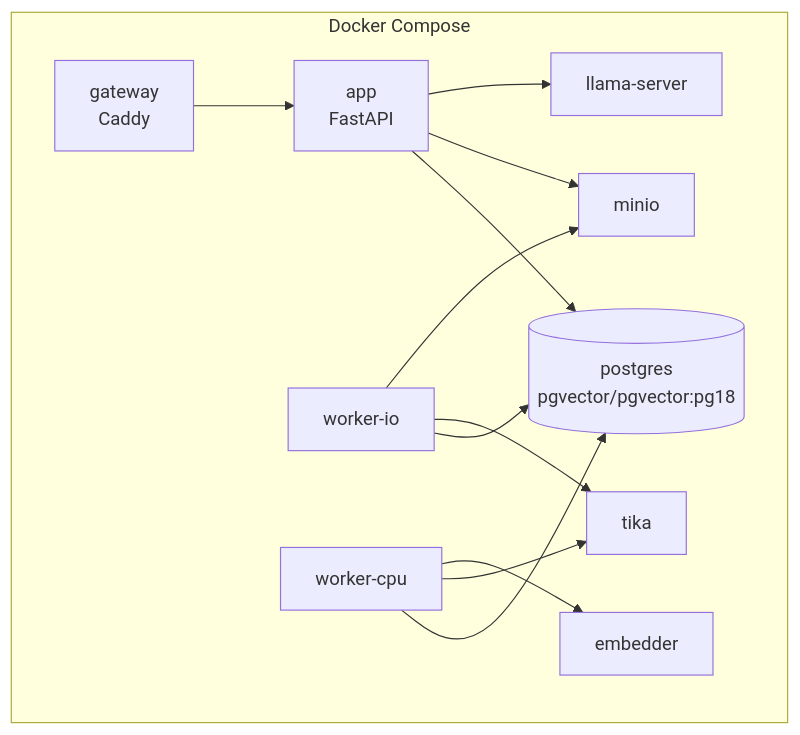
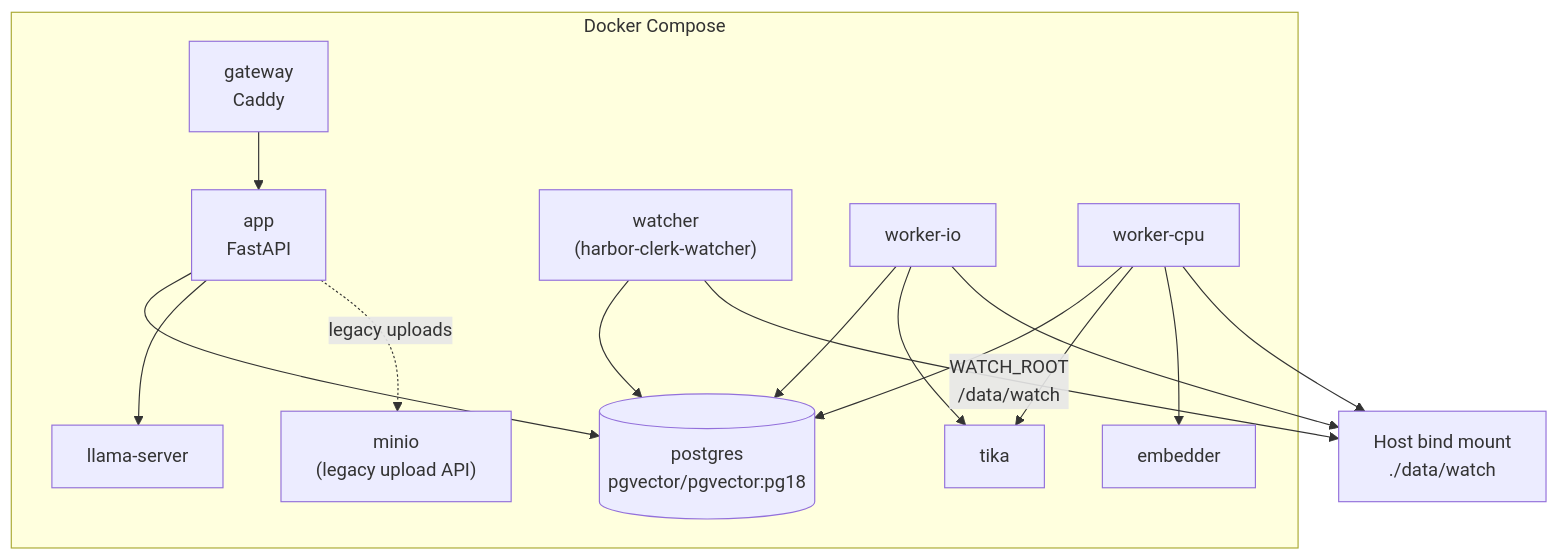
One commit to r0shi/harborclerk changed the fourth of 7 diagrams in docs/architecture.md. Above: the diagram before and after it, drawn with Mermaid. The commit also changed other lines of this file and 2 other files, not shown here.

````diff
--- a/docs/architecture.md
+++ b/docs/architecture.md
@@ -106,19 +113,27 @@
 ```mermaid
 graph TB
     subgraph docker["Docker Compose"]
         gw["gateway<br/>Caddy"]
         app["app<br/>FastAPI"]
+        watcher["watcher<br/>(harbor-clerk-watcher)"]
         wio["worker-io"]
         wcpu["worker-cpu"]
         emb["embedder"]
         pg[("postgres<br/>pgvector/pgvector:pg18")]
-        minio["minio"]
+        minio["minio<br/>(legacy upload API)"]
         tika["tika"]
         llama["llama-server"]
     end
 
+    host_fs["Host bind mount<br/>./data/watch"]
+
     gw --> app
-    app --> pg & minio & llama
-    wio --> pg & tika & minio
+    app --> pg & llama
+    app -. "legacy uploads" .-> minio
+    watcher --> pg
+    watcher -- "WATCH_ROOT<br/>/data/watch" --> host_fs
+    wio --> pg & tika
+    wio --> host_fs
     wcpu --> pg & tika & emb
+    wcpu --> host_fs
 ```
````
